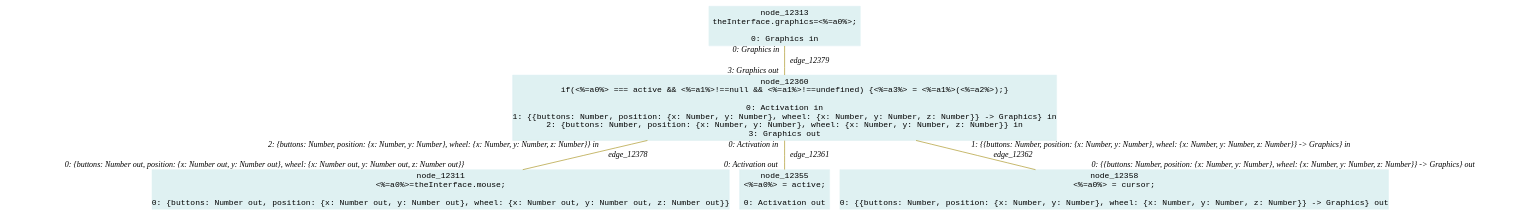
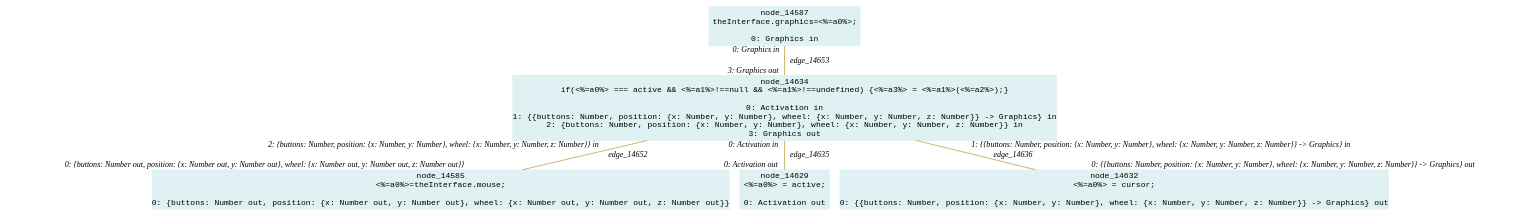
Before and after one commit to crubier/lidl: the diagram in lidl-core/example/ok/uiEmptyWithCursor/dot/33linkIdentifiers1.dot, drawn with Graphviz. The commit also changed 715 other files, not shown here.

```diff
--- a/lidl-core/example/ok/uiEmptyWithCursor/dot/33linkIdentifiers1.dot
+++ b/lidl-core/example/ok/uiEmptyWithCursor/dot/33linkIdentifiers1.dot
@@ -1,28 +1,28 @@
-digraph g{node_12311 [shape="box", style="filled", color="#dff1f2", fontname="Courier", label="node_12311
+digraph g{node_14585 [shape="box", style="filled", color="#dff1f2", fontname="Courier", label="node_14585
 <%=a0%>=theInterface.mouse;
 
 0: {buttons: Number out, position: {x: Number out, y: Number out}, wheel: {x: Number out, y: Number out, z: Number out}}" ]
-node_12313 [shape="box", style="filled", color="#dff1f2", fontname="Courier", label="node_12313
+node_14587 [shape="box", style="filled", color="#dff1f2", fontname="Courier", label="node_14587
 theInterface.graphics=<%=a0%>;
 
 0: Graphics in" ]
-node_12355 [shape="box", style="filled", color="#dff1f2", fontname="Courier", label="node_12355
+node_14629 [shape="box", style="filled", color="#dff1f2", fontname="Courier", label="node_14629
 <%=a0%> = active;
 
 0: Activation out" ]
-node_12358 [shape="box", style="filled", color="#dff1f2", fontname="Courier", label="node_12358
+node_14632 [shape="box", style="filled", color="#dff1f2", fontname="Courier", label="node_14632
 <%=a0%> = cursor;
 
 0: {{buttons: Number, position: {x: Number, y: Number}, wheel: {x: Number, y: Number, z: Number}} -> Graphics} out" ]
-node_12360 [shape="box", style="filled", color="#dff1f2", fontname="Courier", label="node_12360
+node_14634 [shape="box", style="filled", color="#dff1f2", fontname="Courier", label="node_14634
 if(<%=a0%> === active && <%=a1%>!==null && <%=a1%>!==undefined) {<%=a3%> = <%=a1%>(<%=a2%>);}
 
 0: Activation in
 1: {{buttons: Number, position: {x: Number, y: Number}, wheel: {x: Number, y: Number, z: Number}} -> Graphics} in
 2: {buttons: Number, position: {x: Number, y: Number}, wheel: {x: Number, y: Number, z: Number}} in
 3: Graphics out" ]
-node_12360 -> node_12355 [dir=none, arrowHead=none, fontname="Times-Italic", arrowsize=1, color="#9d8400", label="edge_12361",  headlabel="0: Activation out", taillabel="0: Activation in" ]
-node_12360 -> node_12358 [dir=none, arrowHead=none, fontname="Times-Italic", arrowsize=1, color="#9d8400", label="edge_12362",  headlabel="0: {{buttons: Number, position: {x: Number, y: Number}, wheel: {x: Number, y: Number, z: Number}} -> Graphics} out", taillabel="1: {{buttons: Number, position: {x: Number, y: Number}, wheel: {x: Number, y: Number, z: Number}} -> Graphics} in" ]
-node_12360 -> node_12311 [dir=none, arrowHead=none, fontname="Times-Italic", arrowsize=1, color="#9d8400", label="edge_12378",  headlabel="0: {buttons: Number out, position: {x: Number out, y: Number out}, wheel: {x: Number out, y: Number out, z: Number out}}", taillabel="2: {buttons: Number, position: {x: Number, y: Number}, wheel: {x: Number, y: Number, z: Number}} in" ]
-node_12313 -> node_12360 [dir=none, arrowHead=none, fontname="Times-Italic", arrowsize=1, color="#9d8400", label="edge_12379",  headlabel="3: Graphics out", taillabel="0: Graphics in" ]
+node_14634 -> node_14629 [dir=none, arrowHead=none, fontname="Times-Italic", arrowsize=1, color="#9d8400", label="edge_14635",  headlabel="0: Activation out", taillabel="0: Activation in" ]
+node_14634 -> node_14632 [dir=none, arrowHead=none, fontname="Times-Italic", arrowsize=1, color="#9d8400", label="edge_14636",  headlabel="0: {{buttons: Number, position: {x: Number, y: Number}, wheel: {x: Number, y: Number, z: Number}} -> Graphics} out", taillabel="1: {{buttons: Number, position: {x: Number, y: Number}, wheel: {x: Number, y: Number, z: Number}} -> Graphics} in" ]
+node_14634 -> node_14585 [dir=none, arrowHead=none, fontname="Times-Italic", arrowsize=1, color="#9d8400", label="edge_14652",  headlabel="0: {buttons: Number out, position: {x: Number out, y: Number out}, wheel: {x: Number out, y: Number out, z: Number out}}", taillabel="2: {buttons: Number, position: {x: Number, y: Number}, wheel: {x: Number, y: Number, z: Number}} in" ]
+node_14587 -> node_14634 [dir=none, arrowHead=none, fontname="Times-Italic", arrowsize=1, color="#9d8400", label="edge_14653",  headlabel="3: Graphics out", taillabel="0: Graphics in" ]
 }
```
